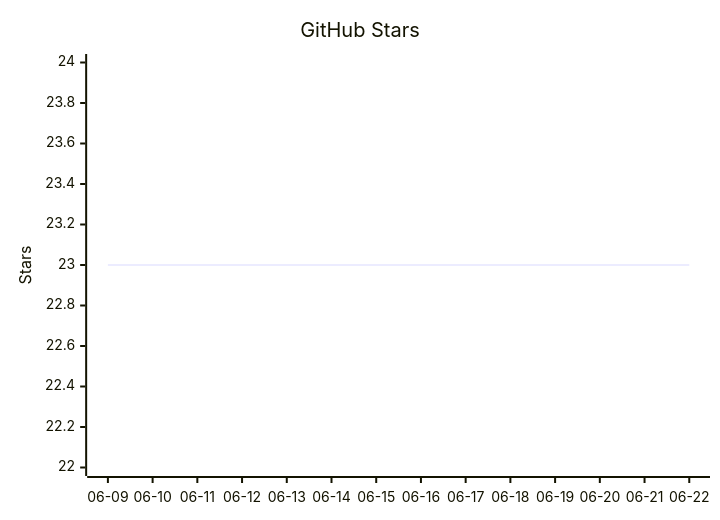
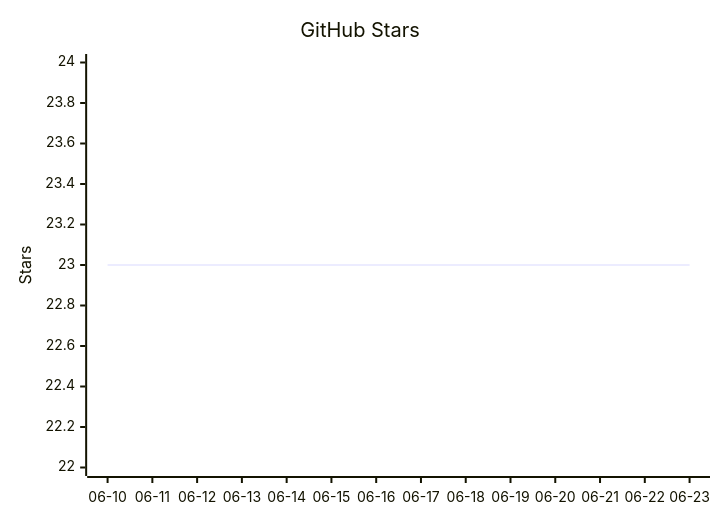
The diagram in README.mbt.md (vectie/moonclaw), drawn with Mermaid before and after one commit. The commit also changed other lines of this file and 1 other file, not shown here.

Commit message:
Update README star growth

````diff
--- a/README.mbt.md
+++ b/README.mbt.md
@@ -614,7 +614,7 @@
 ```mermaid
 xychart-beta
     title "GitHub Stars"
-    x-axis ["06-09","06-10","06-11","06-12","06-13","06-14","06-15","06-16","06-17","06-18","06-19","06-20","06-21","06-22"]
+    x-axis ["06-10","06-11","06-12","06-13","06-14","06-15","06-16","06-17","06-18","06-19","06-20","06-21","06-22","06-23"]
     y-axis "Stars" 22 --> 24
     line [23,23,23,23,23,23,23,23,23,23,23,23,23,23]
 ```
````
